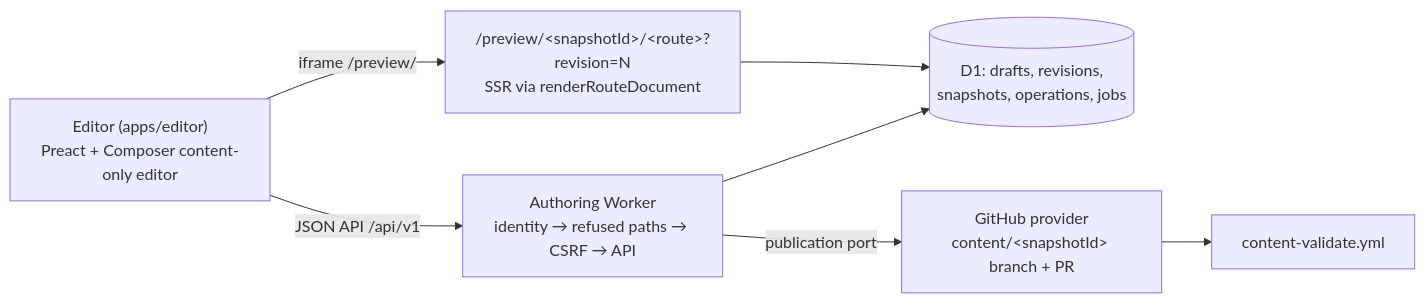
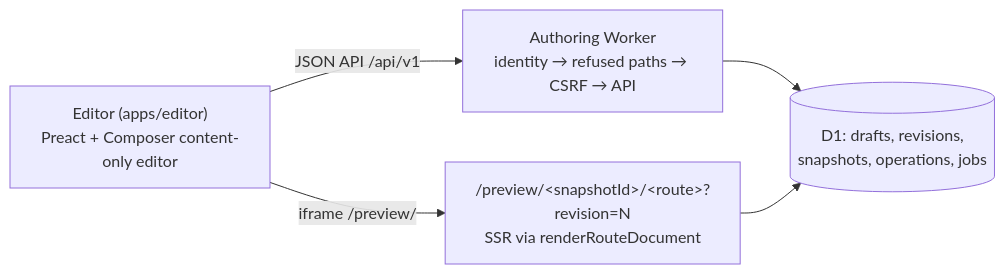
Before and after one commit to zudolab/pinsel: the second of 2 diagrams in docs/architecture.md, drawn with Mermaid. The commit also changed other lines of this file and 3 other files, not shown here.

````diff
--- a/docs/architecture.md
+++ b/docs/architecture.md
@@ -56,9 +56,7 @@
 ```mermaid
 flowchart LR
   B["Editor (apps/editor)<br/>Preact + Composer content-only editor"] -- "JSON API /api/v1" --> W
   B -- "iframe /preview/" --> PV
   W["Authoring Worker<br/>identity → refused paths → CSRF → API"] --> D1[("D1: drafts, revisions,<br/>snapshots, operations, jobs")]
   PV["/preview/&lt;snapshotId&gt;/&lt;route&gt;?revision=N<br/>SSR via renderRouteDocument"] --> D1
-  W -- "publication port" --> G["GitHub provider<br/>content/&lt;snapshotId&gt; branch + PR"]
-  G --> CI["content-validate.yml"]
 ```
````
